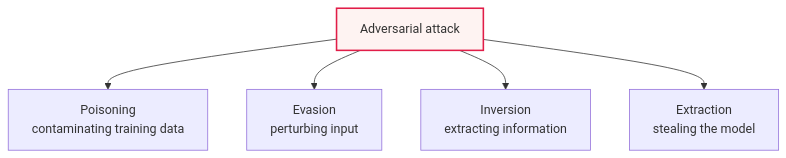
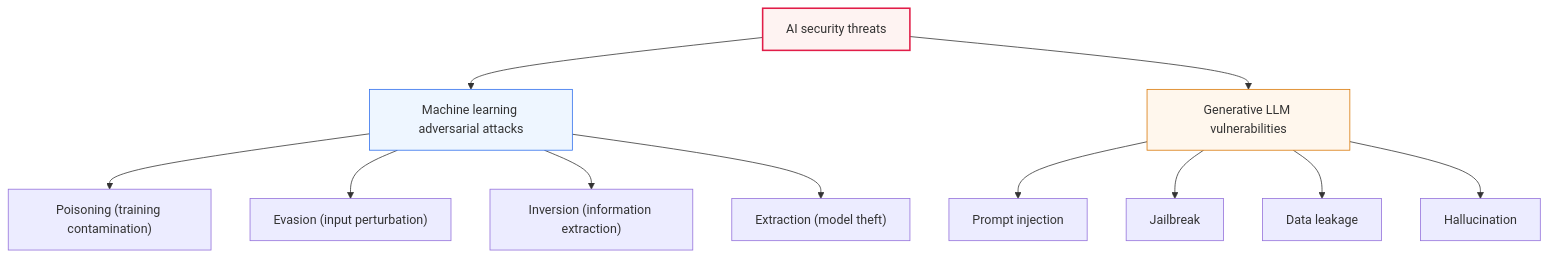
One commit to coninggu/wjdqhrhksflrltnftk changed the first of 2 diagrams in content/en/ai-security-threats.md. Above: the diagram before and after it, drawn with Mermaid. The commit also changed other lines of this file and 37 other files, not shown here.

````diff
--- a/content/en/ai-security-threats.md
+++ b/content/en/ai-security-threats.md
@@ -15,8 +21,16 @@
 ```mermaid
 flowchart TB
-  A[Adversarial attack] --> P["Poisoning<br/>contaminating training data"]
-  A --> E["Evasion<br/>perturbing input"]
-  A --> I["Inversion<br/>extracting information"]
-  A --> X["Extraction<br/>stealing the model"]
-  style A fill:#fef3f2,stroke:#e11d48,stroke-width:2px
+  T["AI security threats"] --> ML["Machine learning adversarial attacks"]
+  T --> LLM["Generative LLM vulnerabilities"]
+  ML --> P["Poisoning (training contamination)"]
+  ML --> E["Evasion (input perturbation)"]
+  ML --> I["Inversion (information extraction)"]
+  ML --> X["Extraction (model theft)"]
+  LLM --> PI["Prompt injection"]
+  LLM --> JB["Jailbreak"]
+  LLM --> DL["Data leakage"]
+  LLM --> HA["Hallucination"]
+  style T fill:#fef3f2,stroke:#e11d48,stroke-width:2px
+  style ML fill:#eef6ff,stroke:#2f6fed
+  style LLM fill:#fff7ed,stroke:#d97706
 ```
````
